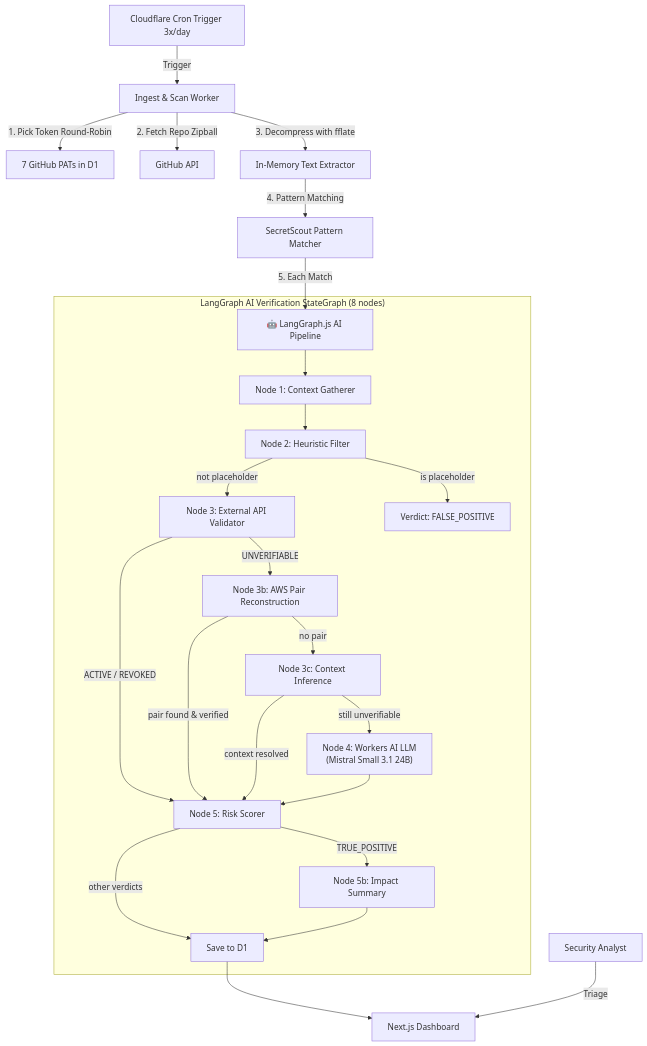
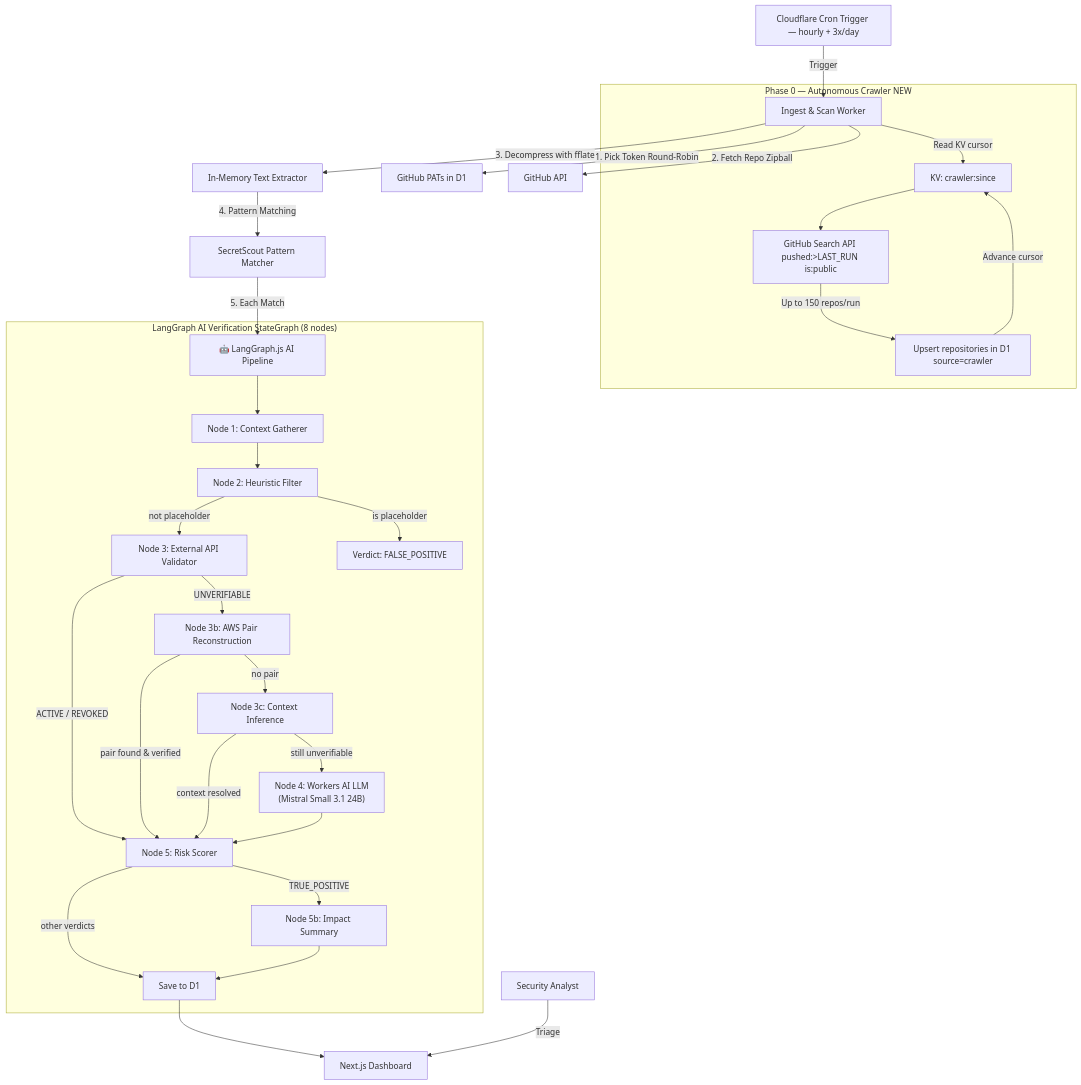
The diagram in README.md (Teycir/RepoScout), drawn with Mermaid before and after one commit. The commit also changed other lines of this file and 5 other files, not shown here.

Commit message:
docs: add autonomous crawler overview and update system design in README

````diff
--- a/README.md
+++ b/README.md
@@ -209,29 +226,37 @@
 ```mermaid
 graph TD
-    Cron[Cloudflare Cron Trigger 3x/day] -->|Trigger| ScanWorker[Ingest & Scan Worker]
-    ScanWorker -->|1. Pick Token Round-Robin| TokenPool[7 GitHub PATs in D1]
+    Cron[Cloudflare Cron Trigger — hourly + 3x/day] -->|Trigger| ScanWorker[Ingest & Scan Worker]
+
+    subgraph "Phase 0 — Autonomous Crawler NEW"
+        ScanWorker -->|Read KV cursor| KVCursor[KV: crawler:since]
+        KVCursor --> SearchAPI[GitHub Search API pushed:>LAST_RUN is:public]
+        SearchAPI -->|Up to 150 repos/run| Upsert[Upsert repositories in D1 source=crawler]
+        Upsert -->|Advance cursor| KVCursor
+    end
+
+    ScanWorker -->|1. Pick Token Round-Robin| TokenPool[GitHub PATs in D1]
     ScanWorker -->|2. Fetch Repo Zipball| GitHub[GitHub API]
     ScanWorker -->|3. Decompress with fflate| Extractor[In-Memory Text Extractor]
     Extractor -->|4. Pattern Matching| Matcher[SecretScout Pattern Matcher]
     Matcher -->|5. Each Match| LangGraph[🤖 LangGraph.js AI Pipeline]
 
     subgraph "LangGraph AI Verification StateGraph (8 nodes)"
         LangGraph --> N1[Node 1: Context Gatherer]
         N1 --> N2[Node 2: Heuristic Filter]
         N2 -->|not placeholder| N3[Node 3: External API Validator]
         N2 -->|is placeholder| FP[Verdict: FALSE_POSITIVE]
         N3 -->|ACTIVE / REVOKED| N5[Node 5: Risk Scorer]
         N3 -->|UNVERIFIABLE| N3b[Node 3b: AWS Pair Reconstruction]
         N3b -->|pair found & verified| N5
         N3b -->|no pair| N3c[Node 3c: Context Inference]
         N3c -->|context resolved| N5
         N3c -->|still unverifiable| N4["Node 4: Workers AI LLM<br/>(Mistral Small 3.1 24B)"]
         N4 --> N5
         N5 -->|TRUE_POSITIVE| N5b[Node 5b: Impact Summary]
         N5 -->|other verdicts| Done[Save to D1]
         N5b --> Done
     end
 
     Done --> Dashboard[Next.js Dashboard]
     Analyst[Security Analyst] -->|Triage| Dashboard
 ```
````
